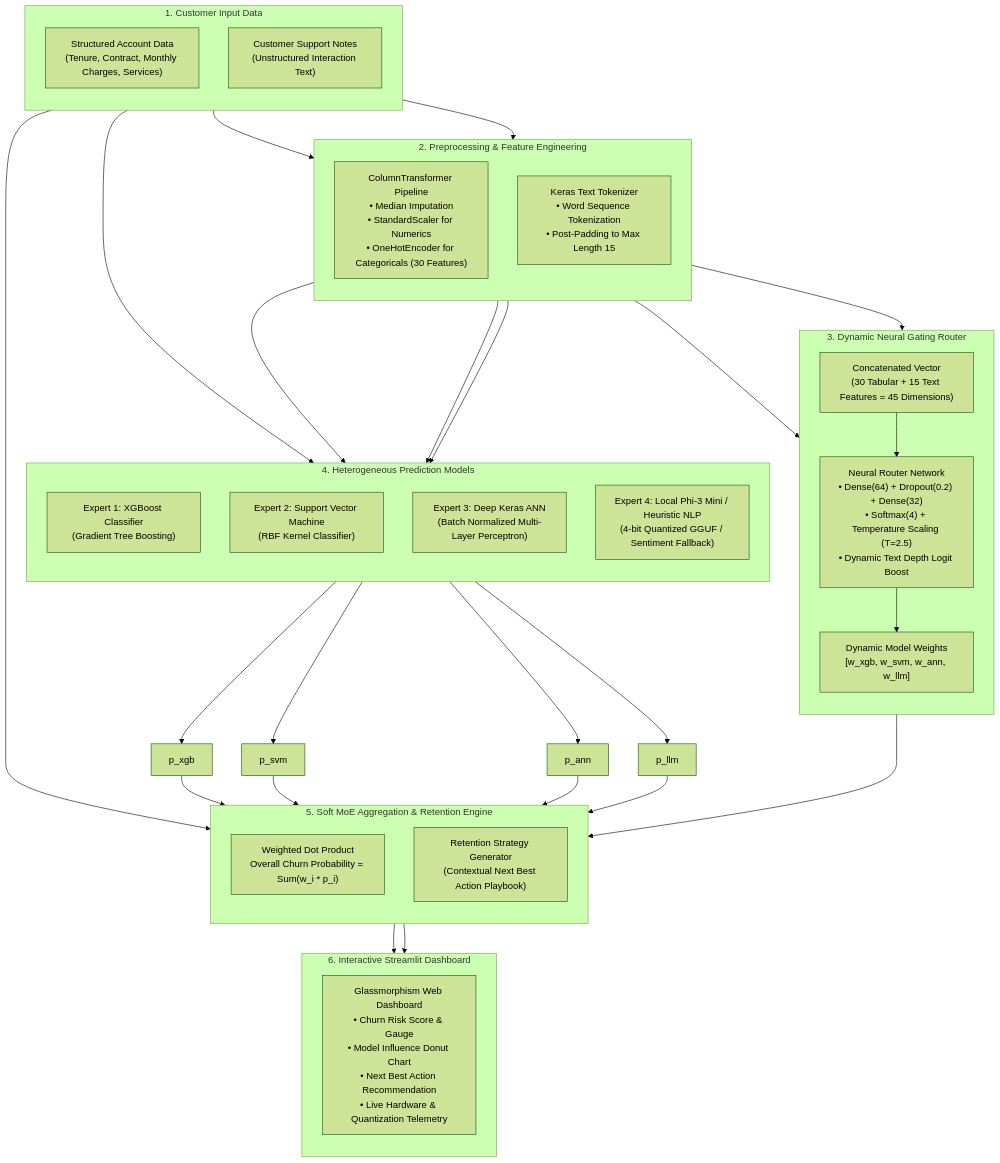
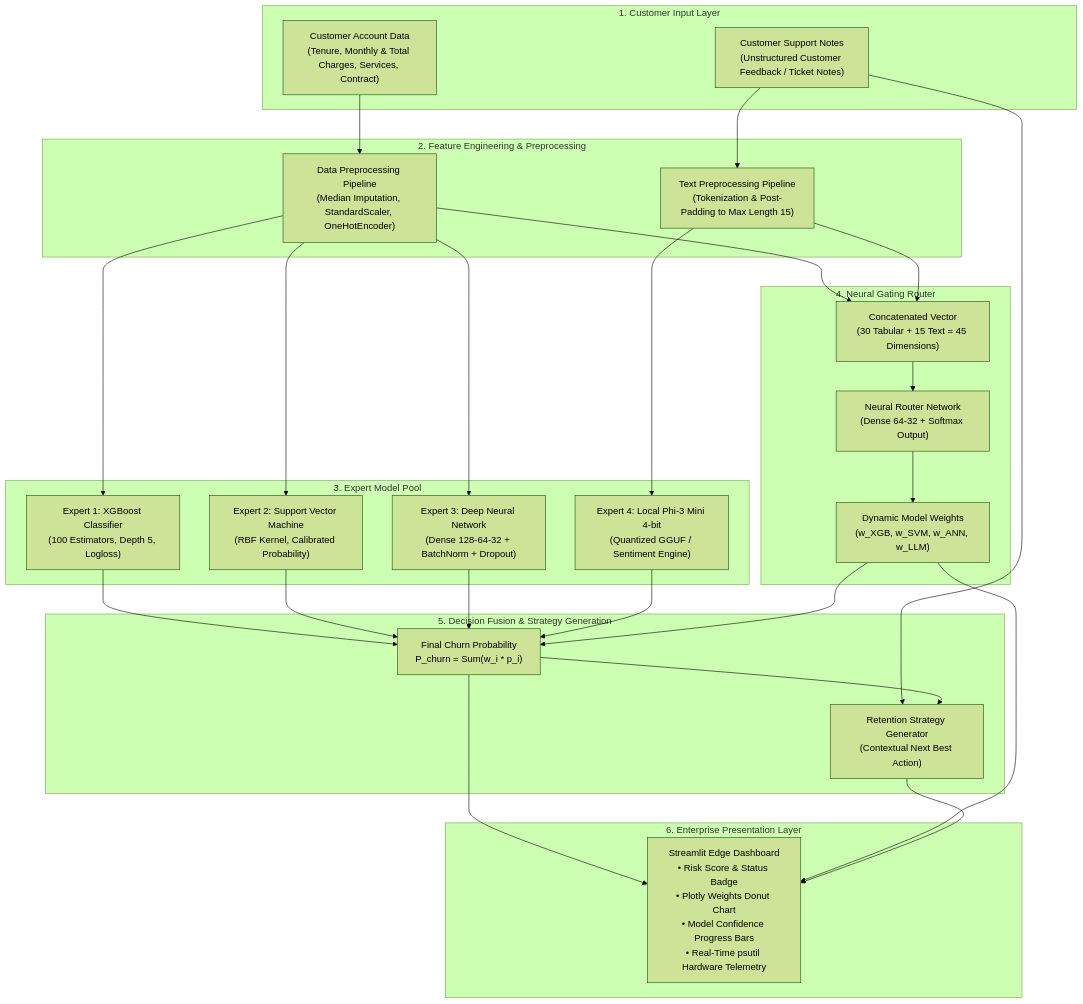
One commit to AyushDev-io/proactive-retention-engine changed the diagram in README.md. Above: the diagram before and after it, drawn with Mermaid (forest theme). The commit also changed other lines of this file, not shown here.

Commit message:
docs: align architecture flowchart and section details with project specification

````diff
--- a/README.md
+++ b/README.md
@@ -83,68 +91,60 @@
 ```mermaid
 flowchart TD
-    subgraph DataInputs["1. Customer Input Data"]
-        direction TB
-        AccountData["Structured Account Data<br/>(Tenure, Contract, Monthly Charges, Services)"]
-        SupportNotes["Customer Support Notes<br/>(Unstructured Interaction Text)"]
+    subgraph INPUTS["1. Customer Input Layer"]
+        CAD["Customer Account Data<br/>(Tenure, Monthly & Total Charges, Services, Contract)"]
+        CSN["Customer Support Notes<br/>(Unstructured Customer Feedback / Ticket Notes)"]
     end
 
-    subgraph Preprocessing["2. Preprocessing & Feature Engineering"]
-        direction TB
-        TabPipeline["ColumnTransformer Pipeline<br/>• Median Imputation<br/>• StandardScaler for Numerics<br/>• OneHotEncoder for Categoricals (30 Features)"]
-        NLPTokenizer["Keras Text Tokenizer<br/>• Word Sequence Tokenization<br/>• Post-Padding to Max Length 15"]
+    subgraph PREP["2. Feature Engineering & Preprocessing"]
+        DP["Data Preprocessing Pipeline<br/>(Median Imputation, StandardScaler, OneHotEncoder)"]
+        TP["Text Preprocessing Pipeline<br/>(Tokenization & Post-Padding to Max Length 15)"]
     end
 
-    AccountData --> TabPipeline
-    SupportNotes --> NLPTokenizer
-
-    subgraph RouterGating["3. Dynamic Neural Gating Router"]
-        direction TB
-        ConcatFeatures["Concatenated Vector<br/>(30 Tabular + 15 Text Features = 45 Dimensions)"]
-        RouterNN["Neural Router Network<br/>• Dense(64) + Dropout(0.2) + Dense(32)<br/>• Softmax(4) + Temperature Scaling (T=2.5)<br/>• Dynamic Text Depth Logit Boost"]
-        RouterNN --> Weights["Dynamic Model Weights<br/>[w_xgb, w_svm, w_ann, w_llm]"]
+    subgraph EXPERTS["3. Expert Model Pool"]
+        XGB["Expert 1: XGBoost Classifier<br/>(100 Estimators, Depth 5, Logloss)"]
+        SVM["Expert 2: Support Vector Machine<br/>(RBF Kernel, Calibrated Probability)"]
+        ANN["Expert 3: Deep Neural Network<br/>(Dense 128-64-32 + BatchNorm + Dropout)"]
+        LLM["Expert 4: Local Phi-3 Mini 4-bit<br/>(Quantized GGUF / Sentiment Engine)"]
     end
 
-    TabPipeline --> ConcatFeatures
-    NLPTokenizer --> ConcatFeatures
-    ConcatFeatures --> RouterNN
-
-    subgraph ExpertPool["4. Heterogeneous Prediction Models"]
-        direction TB
-        XGB["Expert 1: XGBoost Classifier<br/>(Gradient Tree Boosting)"]
-        SVM["Expert 2: Support Vector Machine<br/>(RBF Kernel Classifier)"]
-        ANN["Expert 3: Deep Keras ANN<br/>(Batch Normalized Multi-Layer Perceptron)"]
-        LLM["Expert 4: Local Phi-3 Mini / Heuristic NLP<br/>(4-bit Quantized GGUF / Sentiment Fallback)"]
+    subgraph ROUTER_BLOCK["4. Neural Gating Router"]
+        COMB["Concatenated Vector<br/>(30 Tabular + 15 Text = 45 Dimensions)"]
+        ROUTER["Neural Router Network<br/>(Dense 64-32 + Softmax Output)"]
+        WEIGHTS["Dynamic Model Weights<br/>(w_XGB, w_SVM, w_ANN, w_LLM)"]
     end
 
-    TabPipeline --> XGB
-    TabPipeline --> SVM
-    TabPipeline --> ANN
-    SupportNotes --> LLM
-
-    XGB --> PredXGB["p_xgb"]
-    SVM --> PredSVM["p_svm"]
-    ANN --> PredANN["p_ann"]
-    LLM --> PredLLM["p_llm"]
-
-    subgraph Ensemble["5. Soft MoE Aggregation & Retention Engine"]
-        direction TB
-        WeightedSum["Weighted Dot Product<br/>Overall Churn Probability = Sum(w_i * p_i)"]
-        StrategyGen["Retention Strategy Generator<br/>(Contextual Next Best Action Playbook)"]
+    subgraph AGGREGATION["5. Decision Fusion & Strategy Generation"]
+        ENSEMBLE["Final Churn Probability<br/>P_churn = Sum(w_i * p_i)"]
+        STRAT["Retention Strategy Generator<br/>(Contextual Next Best Action)"]
     end
 
-    PredXGB --> WeightedSum
-    PredSVM --> WeightedSum
-    PredANN --> WeightedSum
-    PredLLM --> WeightedSum
-    Weights --> WeightedSum
-
-    SupportNotes --> StrategyGen
-
-    subgraph Presentation["6. Interactive Streamlit Dashboard"]
-        direction TB
-        UI["Glassmorphism Web Dashboard<br/>• Churn Risk Score & Gauge<br/>• Model Influence Donut Chart<br/>• Next Best Action Recommendation<br/>• Live Hardware & Quantization Telemetry"]
+    subgraph DASHBOARD["6. Enterprise Presentation Layer"]
+        UI["Streamlit Edge Dashboard<br/>• Risk Score & Status Badge<br/>• Plotly Weights Donut Chart<br/>• Model Confidence Progress Bars<br/>• Real-Time psutil Hardware Telemetry"]
     end
 
-    WeightedSum --> UI
-    StrategyGen --> UI
+    CAD --> DP
+    CSN --> TP
+
+    DP --> XGB
+    DP --> SVM
+    DP --> ANN
+    TP --> LLM
+
+    DP --> COMB
+    TP --> COMB
+    COMB --> ROUTER
+    ROUTER --> WEIGHTS
+
+    XGB --> ENSEMBLE
+    SVM --> ENSEMBLE
+    ANN --> ENSEMBLE
+    LLM --> ENSEMBLE
+    WEIGHTS --> ENSEMBLE
+
+    CSN --> STRAT
+    ENSEMBLE --> STRAT
+
+    ENSEMBLE --> UI
+    WEIGHTS --> UI
+    STRAT --> UI
 ```
````
